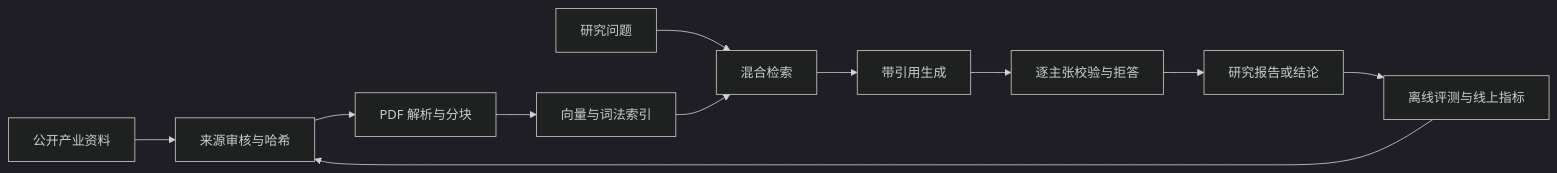
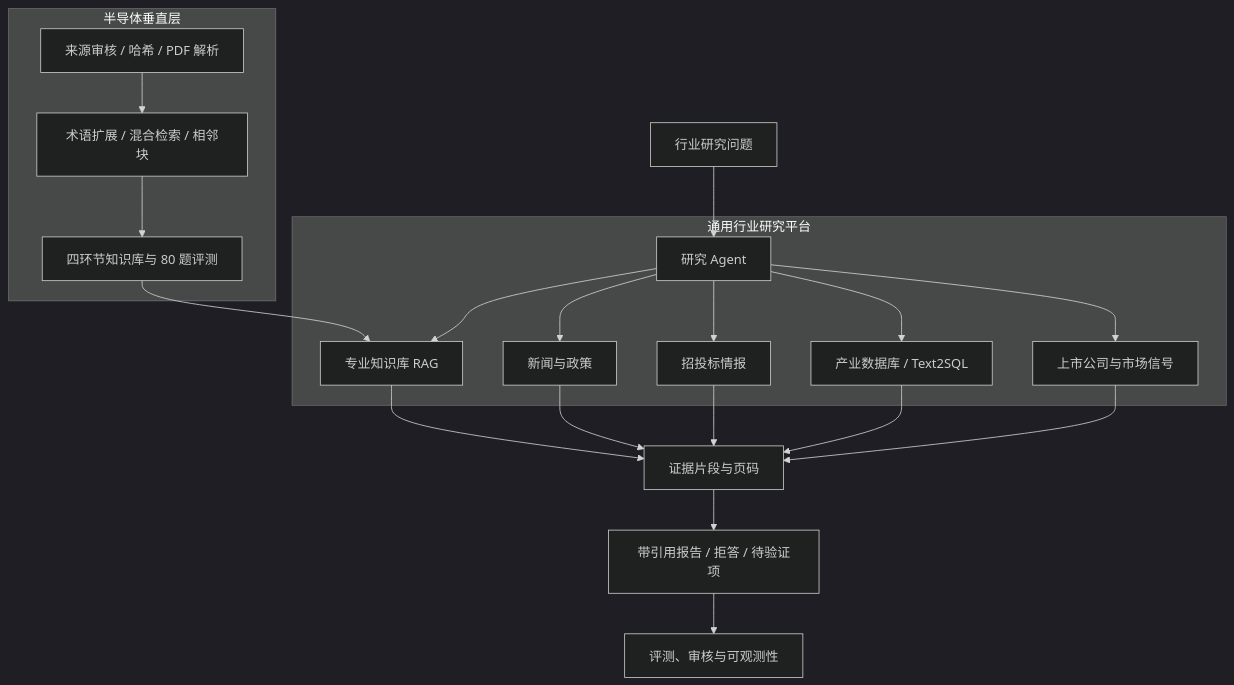
One commit to mashuangcheng625/industry-research-assistant changed the diagram in README.md. Above: the diagram before and after it, drawn with Mermaid (dark theme). The commit also changed other lines of this file and 237 other files, not shown here.

````diff
--- a/README.md
+++ b/README.md
@@ -18,13 +22,25 @@
 ```mermaid
-flowchart LR
-    A[公开产业资料] --> B[来源审核与哈希]
-    B --> C[PDF 解析与分块]
-    C --> D[向量与词法索引]
-    Q[研究问题] --> E[混合检索]
-    D --> E
-    E --> F[带引用生成]
-    F --> G[逐主张校验与拒答]
-    G --> H[研究报告或结论]
-    H --> I[离线评测与线上指标]
-    I --> B
+flowchart TB
+    Q[行业研究问题] --> A[研究 Agent]
+    subgraph P[通用行业研究平台]
+      A --> K[专业知识库 RAG]
+      A --> N[新闻与政策]
+      A --> B[招投标情报]
+      A --> S[产业数据库 / Text2SQL]
+      A --> M[上市公司与市场信号]
+    end
+    subgraph V[半导体垂直层]
+      G[来源审核 / 哈希 / PDF 解析]
+      R[术语扩展 / 混合检索 / 相邻块]
+      E[四环节知识库与 80 题评测]
+      G --> R --> E
+    end
+    E --> K
+    K --> C[证据片段与页码]
+    N --> C
+    B --> C
+    S --> C
+    M --> C
+    C --> W[带引用报告 / 拒答 / 待验证项]
+    W --> O[评测、审核与可观测性]
 ```
````
